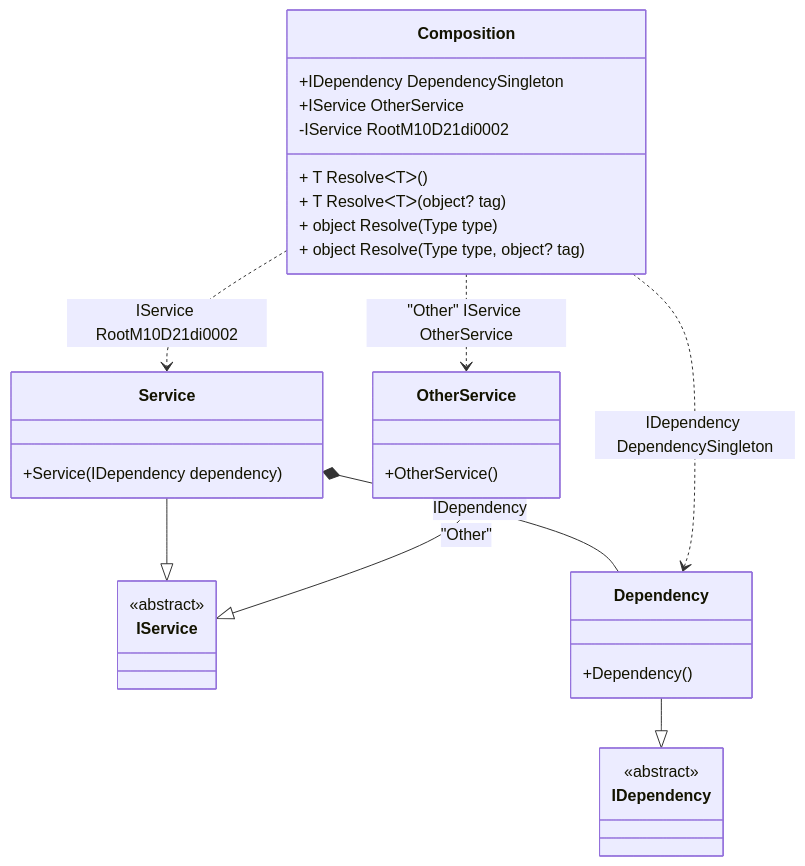
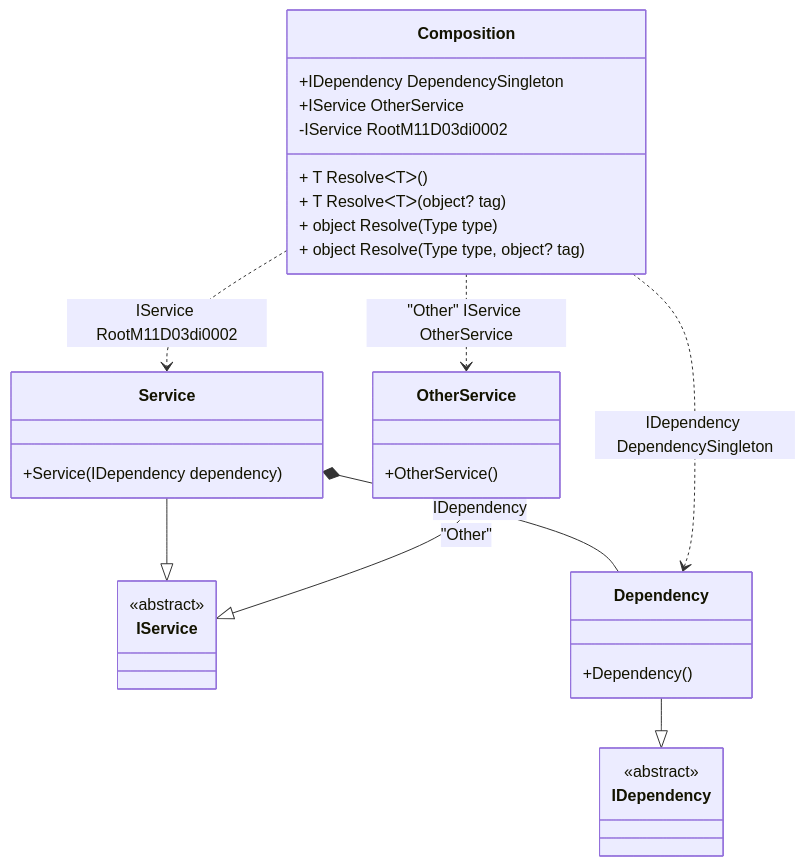
The diagram in readme/resolve-methods.md (DevTeam/Pure.DI), drawn with Mermaid before and after one commit. The commit also changed other lines of this file and 70 other files, not shown here.

````diff
--- a/readme/resolve-methods.md
+++ b/readme/resolve-methods.md
@@ -47,34 +47,34 @@
 ```mermaid
 classDiagram
   class Composition {
     +IDependency DependencySingleton
     +IService OtherService
-    -IService RootM10D21di0002
+    -IService RootM11D03di0002
     + T ResolveᐸTᐳ()
     + T ResolveᐸTᐳ(object? tag)
     + object Resolve(Type type)
     + object Resolve(Type type, object? tag)
   }
   Service --|> IService : 
   class Service {
     +Service(IDependency dependency)
   }
   Dependency --|> IDependency : 
   class Dependency {
     +Dependency()
   }
   OtherService --|> IService : "Other" 
   class OtherService {
     +OtherService()
   }
   class IService {
     <<abstract>>
   }
   class IDependency {
     <<abstract>>
   }
   Service *--  Dependency : IDependency
   Composition ..> Dependency : IDependency DependencySingleton
-  Composition ..> Service : IService RootM10D21di0002
+  Composition ..> Service : IService RootM11D03di0002
   Composition ..> OtherService : "Other" IService OtherService
 ```
````
